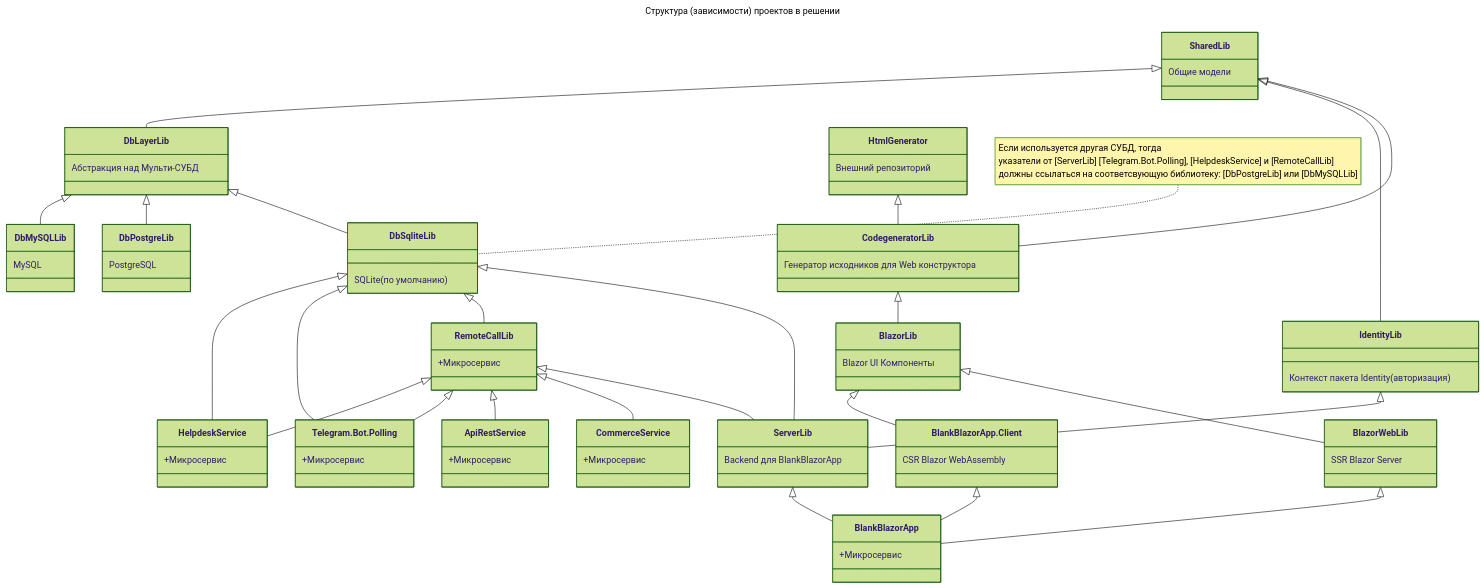
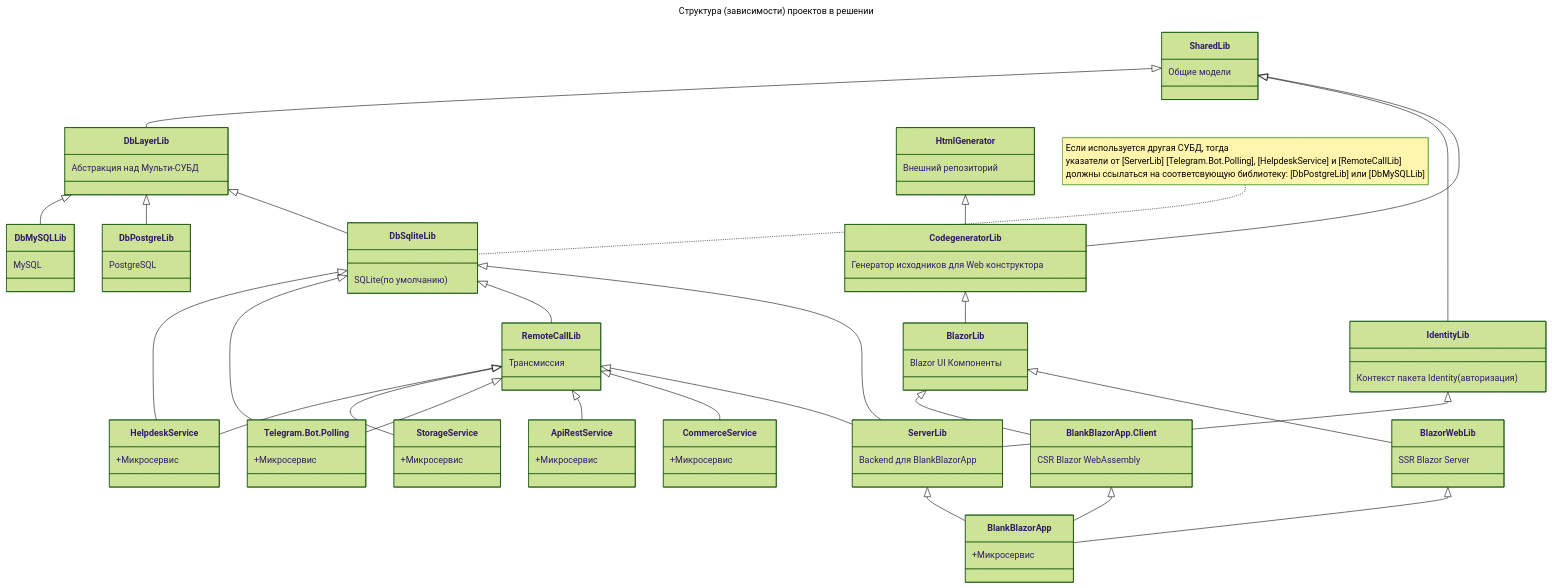
One commit to badhitman/DesignerApp changed the diagram in README.md. Above: the diagram before and after it, drawn with Mermaid (forest theme). The commit also changed other lines of this file and 21 other files, not shown here.

```diff
--- a/README.md
+++ b/README.md
@@ -44,6 +44,7 @@
 	ServerLib  <|-- BlankBlazorApp
     RemoteCallLib <|-- Telegram_Bot_Polling
 	DbSqliteLib <|-- Telegram_Bot_Polling
+    RemoteCallLib <|-- StorageService
     RemoteCallLib <|-- HelpdeskService
 	DbSqliteLib <|-- HelpdeskService
     BlazorLib <|-- BlazorWebLib
@@ -74,6 +75,9 @@
         MySQL
     }
     class RemoteCallLib{
+        Трансмиссия
+    }
+    class StorageService{
         +Микросервис
     }
     class HtmlGenerator{
```
